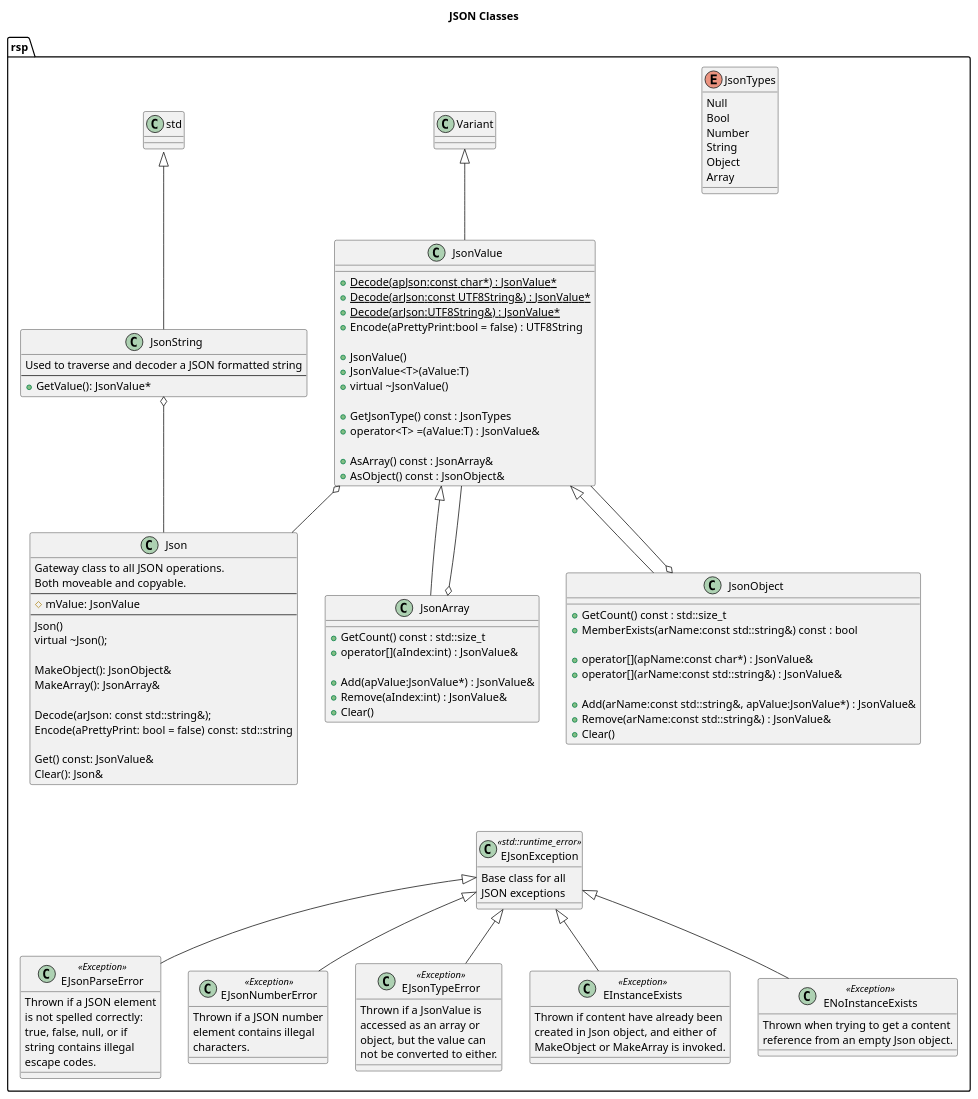
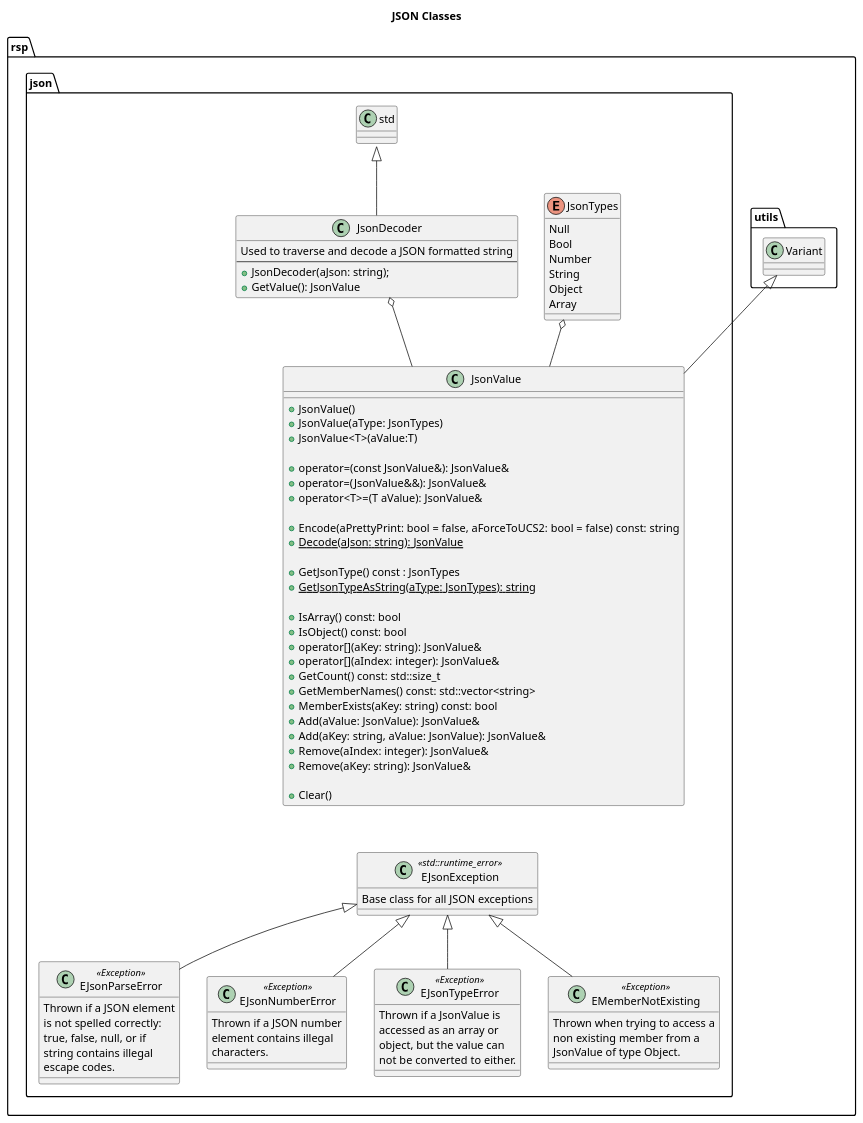
Before and after one commit to rsps/rsp-core-library: the diagram in docs/uml/Json Classes.puml, drawn with PlantUML. The commit also changed 8 other files, not shown here.

First line of the commit message:
Update Json UML class diagram

```diff
--- a/docs/uml/Json Classes.puml
+++ b/docs/uml/Json Classes.puml
@@ -1,142 +1,111 @@
 @startuml
 
 skinparam stereotypeCBackgroundColor<<Exception>> Red
 skinparam stereotypeCBackgroundColor<<std::runtime_error>> Red
 'hide stereotype
 
 title JSON Classes
 
 namespace rsp {
 
+namespace utils {
+
+class Variant
+
+}
+
+namespace json {
+
 enum JsonTypes {
     Null
     Bool
     Number
     String
     Object
     Array
 }
 
-class Variant
+class JsonValue {
+    +JsonValue()
+    +JsonValue(aType: JsonTypes)
+    +JsonValue<T>(aValue:T)
 
-class JsonValue {
-    +{static} Decode(apJson:const char*) : JsonValue*
-    +{static} Decode(arJson:const UTF8String&) : JsonValue*
-    +{static} Decode(arJson:UTF8String&) : JsonValue*
-    +Encode(aPrettyPrint:bool = false) : UTF8String
+    +operator=(const JsonValue&): JsonValue&
+    +operator=(JsonValue&&): JsonValue&
+    +operator<T>=(T aValue): JsonValue&
 
-    +JsonValue()
-    +JsonValue<T>(aValue:T)
-    +virtual ~JsonValue()
+    +Encode(aPrettyPrint: bool = false, aForceToUCS2: bool = false) const: string
+    +{static} Decode(aJson: string): JsonValue
 
     +GetJsonType() const : JsonTypes
-    +operator<T> =(aValue:T) : JsonValue&
+    +{static} GetJsonTypeAsString(aType: JsonTypes): string
 
-    +AsArray() const : JsonArray&
-    +AsObject() const : JsonObject&
-}
+    +IsArray() const: bool
+    +IsObject() const: bool
+    +operator[](aKey: string): JsonValue&
+    +operator[](aIndex: integer): JsonValue&
+    +GetCount() const: std::size_t
+    +GetMemberNames() const: std::vector<string>
+    +MemberExists(aKey: string) const: bool
+    +Add(aValue: JsonValue): JsonValue&
+    +Add(aKey: string, aValue: JsonValue): JsonValue&
+    +Remove(aIndex: integer): JsonValue&
+    +Remove(aKey: string): JsonValue&
 
-class JsonArray {
-    +GetCount() const : std::size_t
-    +operator[](aIndex:int) : JsonValue&
-
-    +Add(apValue:JsonValue*) : JsonValue&
-    +Remove(aIndex:int) : JsonValue&
     +Clear()
 }
 
-class JsonObject {
-    +GetCount() const : std::size_t
-    +MemberExists(arName:const std::string&) const : bool
-
-    +operator[](apName:const char*) : JsonValue&
-    +operator[](arName:const std::string&) : JsonValue&
-
-    +Add(arName:const std::string&, apValue:JsonValue*) : JsonValue&
-    +Remove(arName:const std::string&) : JsonValue&
-    +Clear()
-}
-
-class JsonString {
-    Used to traverse and decoder a JSON formatted string
+class JsonDecoder {
+    Used to traverse and decode a JSON formatted string
     --
-    +GetValue(): JsonValue*
-}
-
-class Json {
-    Gateway class to all JSON operations.
-    Both moveable and copyable.
-    --
-    #mValue: JsonValue
-    --
-    Json()
-    virtual ~Json();
-
-    MakeObject(): JsonObject&
-    MakeArray(): JsonArray&
-
-    Decode(arJson: const std::string&);
-    Encode(aPrettyPrint: bool = false) const: std::string
-
-    Get() const: JsonValue&
-    Clear(): Json&
+    +JsonDecoder(aJson: string);
+    +GetValue(): JsonValue
 }
 
 class EJsonException <<std::runtime_error>> {
-    Base class for all
-    JSON exceptions
+    Base class for all JSON exceptions
 }
 
 class EJsonParseError <<Exception>> {
     Thrown if a JSON element
     is not spelled correctly:
     true, false, null, or if
     string contains illegal
     escape codes.
 }
 
 class EJsonNumberError <<Exception>> {
     Thrown if a JSON number
     element contains illegal
     characters.
 }
 
 class EJsonTypeError <<Exception>> {
     Thrown if a JsonValue is
     accessed as an array or
     object, but the value can
     not be converted to either.
 }
 
-class EInstanceExists <<Exception>> {
-    Thrown if content have already been
-    created in Json object, and either of
-    MakeObject or MakeArray is invoked.
+class EMemberNotExisting <<Exception>> {
+    Thrown when trying to access a
+    non existing member from a
+    JsonValue of type Object.
 }
 
-class ENoInstanceExists <<Exception>> {
-    Thrown when trying to get a content
-    reference from an empty Json object.
-}
-
-JsonObject -down[hidden]- EJsonException
+JsonValue -down[hidden]- EJsonException
 
 EJsonException <|-- EJsonParseError
 EJsonException <|-- EJsonTypeError
 EJsonException <|-- EJsonNumberError
-EJsonException <|-- EInstanceExists
-EJsonException <|-- ENoInstanceExists
+EJsonException <|-- EMemberNotExisting
 
-std::string <|-- JsonString
-JsonString o-- Json
+std::string <|-- JsonDecoder
 
-Variant <|-- JsonValue
-JsonValue <|-- JsonArray
-JsonValue <|-- JsonObject
-JsonValue o-- Json
-JsonArray o-- JsonValue
-JsonObject o-- JsonValue
+rsp.utils.Variant <|-- JsonValue
+JsonDecoder o-- JsonValue
+JsonTypes o-- JsonValue
 
 }
 
 @enduml
```
